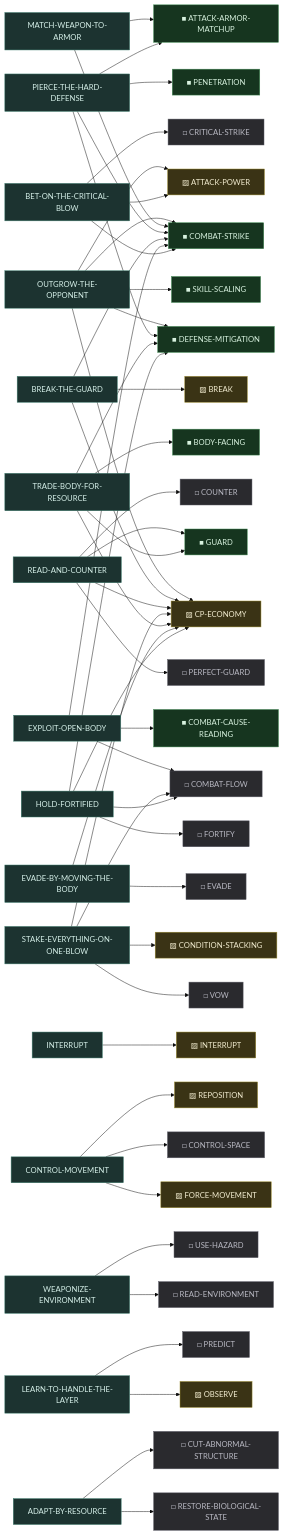
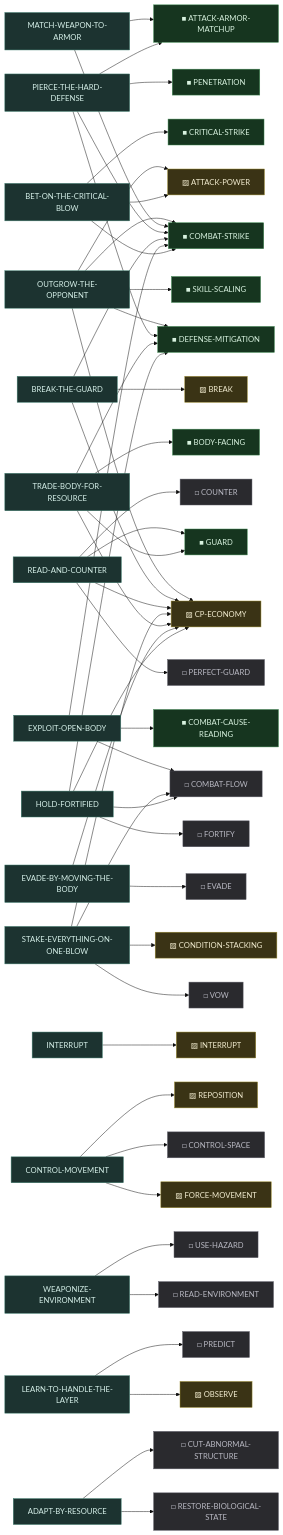
One commit to dkwkekzz/HktFramework changed the second of 2 diagrams in HktAdvProtoH/content/proto-adventure/master/graph/GRAPH.md. Above: the diagram before and after it, drawn with Mermaid (base theme). The commit also changed other lines of this file and 10 other files, not shown here.

````diff
--- a/HktAdvProtoH/content/proto-adventure/master/graph/GRAPH.md
+++ b/HktAdvProtoH/content/proto-adventure/master/graph/GRAPH.md
@@ -162,7 +162,7 @@
   MC-SKILL-SCALING["■ SKILL-SCALING"]
   MC-ATTACK-ARMOR-MATCHUP["■ ATTACK-ARMOR-MATCHUP"]
   MC-PENETRATION["■ PENETRATION"]
-  MC-CRITICAL-STRIKE["□ CRITICAL-STRIKE"]
+  MC-CRITICAL-STRIKE["■ CRITICAL-STRIKE"]
   MC-PERFECT-GUARD["□ PERFECT-GUARD"]
   MC-COUNTER["□ COUNTER"]
   MC-BREAK["▨ BREAK"]
@@ -251,8 +251,8 @@
   classDef part fill:#3a3315,stroke:#9a8a2e,color:#f2ecd0;
   classDef miss fill:#2a2a2e,stroke:#5c5c66,color:#b8b8c2;
   classDef poss fill:#1c3330,stroke:#3f7d6f,color:#d6f0e9;
-  class MC-COMBAT-STRIKE,MC-BODY-FACING,MC-COMBAT-CAUSE-READING,MC-GUARD,MC-DEFENSE-MITIGATION,MC-SKILL-SCALING,MC-ATTACK-ARMOR-MATCHUP,MC-PENETRATION impl;
+  class MC-COMBAT-STRIKE,MC-BODY-FACING,MC-COMBAT-CAUSE-READING,MC-GUARD,MC-DEFENSE-MITIGATION,MC-SKILL-SCALING,MC-ATTACK-ARMOR-MATCHUP,MC-PENETRATION,MC-CRITICAL-STRIKE impl;
   class MC-CP-ECONOMY,MC-ATTACK-POWER,MC-BREAK,MC-CONDITION-STACKING,MC-REPOSITION,MC-OBSERVE,MC-FORCE-MOVEMENT,MC-INTERRUPT part;
-  class MC-CRITICAL-STRIKE,MC-PERFECT-GUARD,MC-COUNTER,MC-COMBAT-FLOW,MC-FORTIFY,MC-EVADE,MC-VOW,MC-PREDICT,MC-CONTROL-SPACE,MC-READ-ENVIRONMENT,MC-USE-HAZARD,MC-RESTORE-BIOLOGICAL-STATE,MC-CUT-ABNORMAL-STRUCTURE miss;
+  class MC-PERFECT-GUARD,MC-COUNTER,MC-COMBAT-FLOW,MC-FORTIFY,MC-EVADE,MC-VOW,MC-PREDICT,MC-CONTROL-SPACE,MC-READ-ENVIRONMENT,MC-USE-HAZARD,MC-RESTORE-BIOLOGICAL-STATE,MC-CUT-ABNORMAL-STRUCTURE miss;
   class MP-OUTGROW-THE-OPPONENT,MP-MATCH-WEAPON-TO-ARMOR,MP-PIERCE-THE-HARD-DEFENSE,MP-BREAK-THE-GUARD,MP-READ-AND-COUNTER,MP-EXPLOIT-OPEN-BODY,MP-INTERRUPT,MP-CONTROL-MOVEMENT,MP-WEAPONIZE-ENVIRONMENT,MP-BET-ON-THE-CRITICAL-BLOW,MP-STAKE-EVERYTHING-ON-ONE-BLOW,MP-TRADE-BODY-FOR-RESOURCE,MP-EVADE-BY-MOVING-THE-BODY,MP-HOLD-FORTIFIED,MP-LEARN-TO-HANDLE-THE-LAYER,MP-ADAPT-BY-RESOURCE poss;
 ```
````
